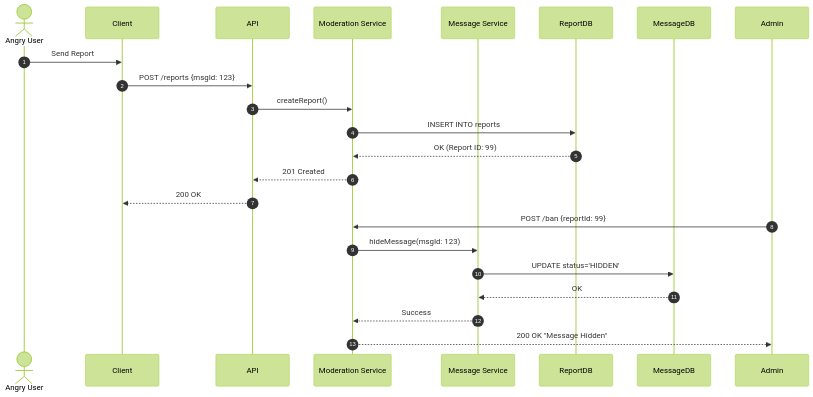
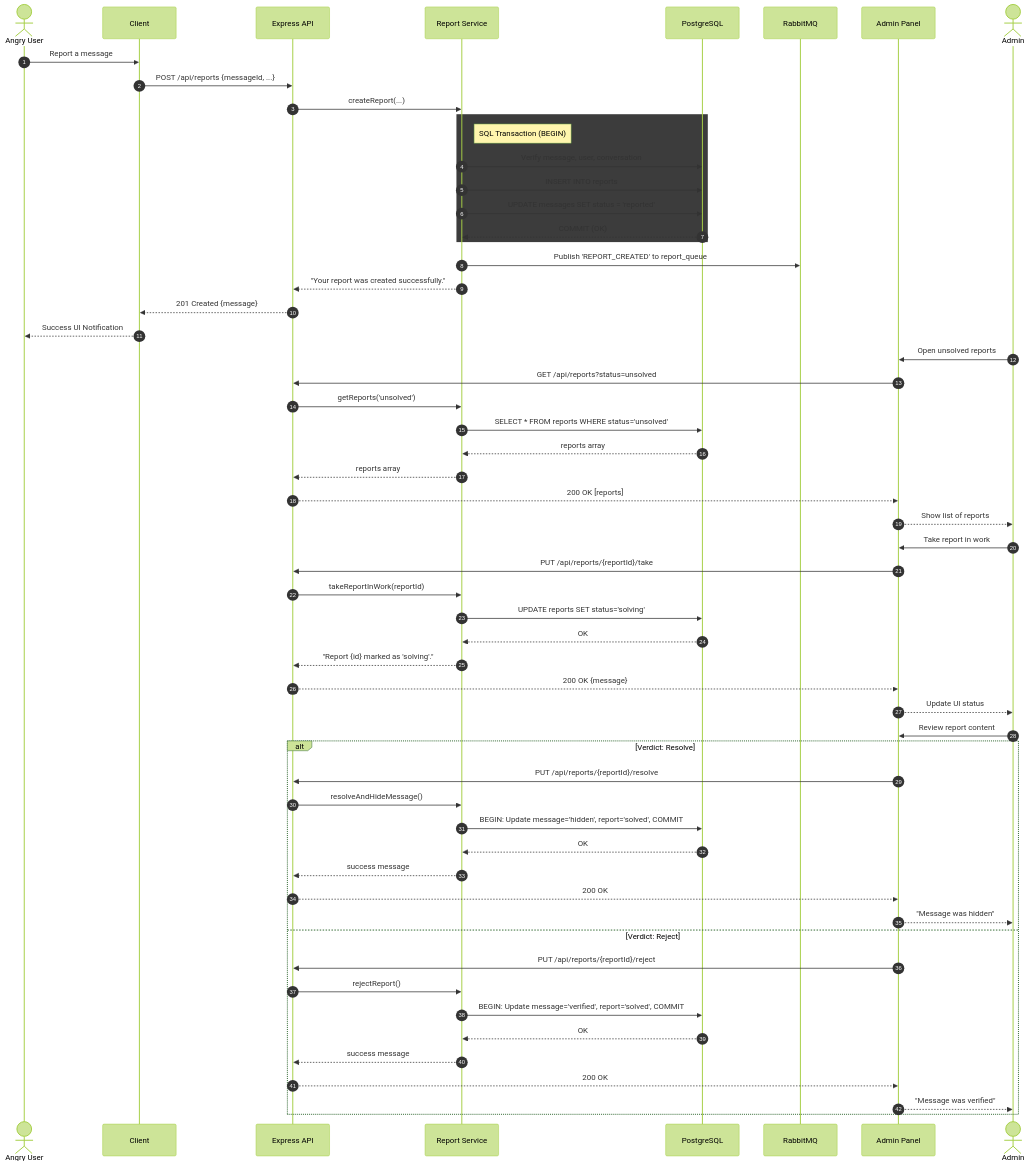
One commit to Am0rr/Messenger-api-prototype changed the second of 3 diagrams in README.md. Above: the diagram before and after it, drawn with Mermaid (forest theme). The commit also changed other lines of this file and 1 other file, not shown here.

````diff
--- a/README.md
+++ b/README.md
@@ -104,27 +126,68 @@
 ```mermaid
 sequenceDiagram
-autonumber
+    autonumber
 
     actor User as Angry User
     participant Client
-    participant API
-    participant Mds as Moderation Service
-    participant Msg as Message Service
-    participant ReportDB
-    participant MessageDB
-    participant Admin
+    participant API as Express API
+    participant Service as Report Service
+    participant DB as PostgreSQL
+    participant MQ as RabbitMQ
+    participant AP as Admin Panel
+    actor Admin
 
-    User->> Client: Send Report
-    Client->>API: POST /reports {msgId: 123}
-    API->>Mds: createReport()
-    Mds->>ReportDB: INSERT INTO reports
-    ReportDB-->>Mds: OK (Report ID: 99)
-    Mds-->>API: 201 Created
-    API-->>Client: 200 OK
-    Admin->>Mds: POST /ban {reportId: 99}
-    Mds->>Msg: hideMessage(msgId: 123)
-    Msg->>MessageDB: UPDATE status='HIDDEN'
-    MessageDB-->>Msg: OK
-    Msg-->>Mds: Success
-    Mds-->>Admin: 200 OK "Message Hidden"
+    User->>Client: Report a message
+    Client->>API: POST /api/reports {messageId, ...}
+    API->>Service: createReport(...)
+    
+    rect rgb(60, 60, 60)
+    Note right of Service: SQL Transaction (BEGIN)
+    Service->>DB: Verify message, user, conversation
+    Service->>DB: INSERT INTO reports
+    Service->>DB: UPDATE messages SET status = 'reported'
+    DB-->>Service: COMMIT (OK)
+    end
+    
+    Service->>MQ: Publish 'REPORT_CREATED' to report_queue
+    Service-->>API: "Your report was created successfully."
+    API-->>Client: 201 Created {message}
+    Client-->>User: Success UI Notification
+
+    Admin->>AP: Open unsolved reports
+    AP->>API: GET /api/reports?status=unsolved
+    API->>Service: getReports('unsolved')
+    Service->>DB: SELECT * FROM reports WHERE status='unsolved'
+    DB-->>Service: reports array
+    Service-->>API: reports array
+    API-->>AP: 200 OK [reports]
+    AP-->>Admin: Show list of reports
+
+    Admin->>AP: Take report in work
+    AP->>API: PUT /api/reports/{reportId}/take
+    API->>Service: takeReportInWork(reportId)
+    Service->>DB: UPDATE reports SET status='solving'
+    DB-->>Service: OK
+    Service-->>API: "Report {id} marked as 'solving'."
+    API-->>AP: 200 OK {message}
+    AP-->>Admin: Update UI status
+
+    Admin->>AP: Review report content
+    
+    alt Verdict: Resolve
+        AP->>API: PUT /api/reports/{reportId}/resolve
+        API->>Service: resolveAndHideMessage()
+        Service->>DB: BEGIN: Update message='hidden', report='solved', COMMIT
+        DB-->>Service: OK
+        Service-->>API: success message
+        API-->>AP: 200 OK
+        AP-->>Admin: "Message was hidden"
+    else Verdict: Reject
+        AP->>API: PUT /api/reports/{reportId}/reject
+        API->>Service: rejectReport()
+        Service->>DB: BEGIN: Update message='verified', report='solved', COMMIT
+        DB-->>Service: OK
+        Service-->>API: success message
+        API-->>AP: 200 OK
+        AP-->>Admin: "Message was verified"
+    end
 ```
````
